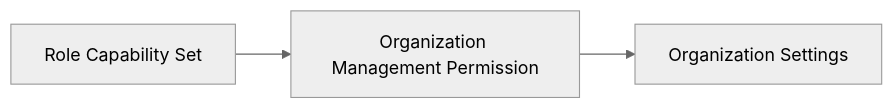
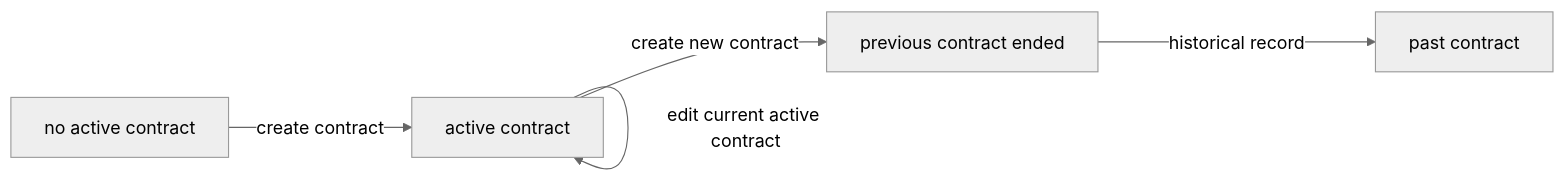
One commit to wrtnlabs/autobe-examples changed diagram 13 of 19 in openai/gpt-5.4-mini/erp/docs/analysis/02-domain-model.md. Above: the diagram before and after it, drawn with Mermaid (neutral theme). The commit also changed other lines of this file and 9017 other files, not shown here.

````diff
--- a/openai/gpt-5.4-mini/erp/docs/analysis/02-domain-model.md
+++ b/openai/gpt-5.4-mini/erp/docs/analysis/02-domain-model.md
@@ -271,5 +699,7 @@
 ```mermaid
 flowchart LR
-    A["Organization Management Permission"] --> B["Organization Settings"]
-    C["Role Capability Set"] --> A
+    A["no active contract"] -->|"create contract"| B["active contract"]
+    B -->|"create new contract"| C["previous contract ended"]
+    B -->|"edit current active contract"| B
+    C -->|"historical record"| D["past contract"]
 ```
````
